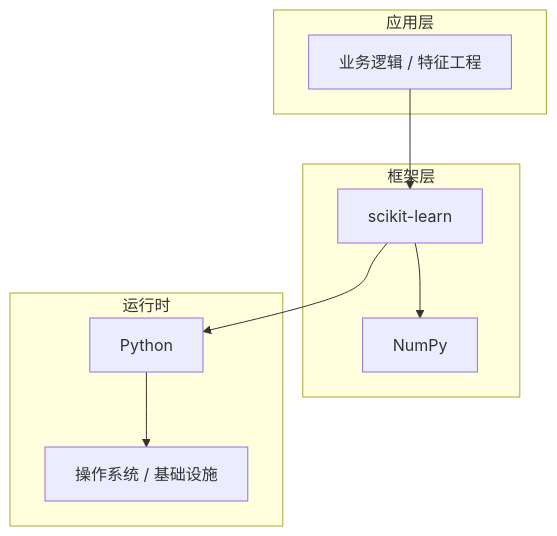
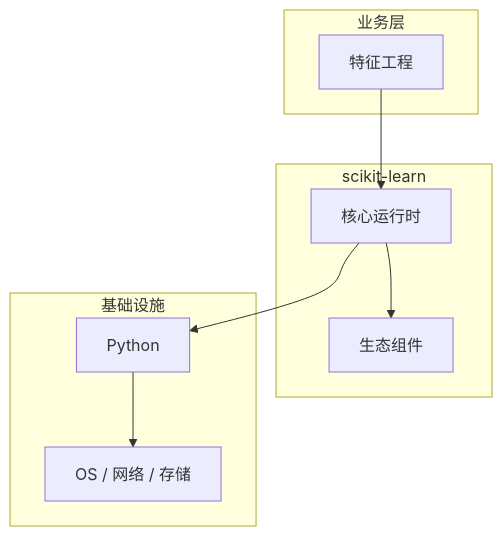
The diagram in articles/机器学习/chapters/092-特征工程核心概念与原理.md (yanggan2015/knowledge-json-v2), drawn with Mermaid before and after one commit. The commit also changed other lines of this file and 10127 other files, not shown here.

````diff
--- a/articles/机器学习/chapters/092-特征工程核心概念与原理.md
+++ b/articles/机器学习/chapters/092-特征工程核心概念与原理.md
@@ -45,18 +30,18 @@
 ```mermaid
 graph TB
-    subgraph 应用层
-        A[业务逻辑 / 特征工程]
+    subgraph 业务层
+        A[特征工程]
     end
-    subgraph 框架层
-        B[scikit-learn]
-        C[NumPy]
+    subgraph scikit-learn
+        B[核心运行时]
+        C[生态组件]
     end
-    subgraph 运行时
+    subgraph 基础设施
         D[Python]
-        E[操作系统 / 基础设施]
+        E[OS / 网络 / 存储]
     end
     A --> B
     B --> C
     B --> D
     D --> E
 ```
````
